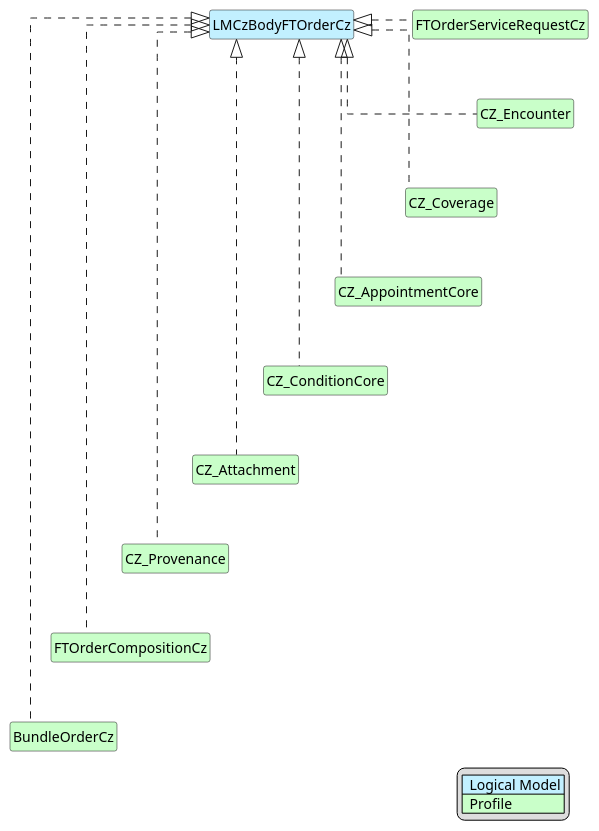
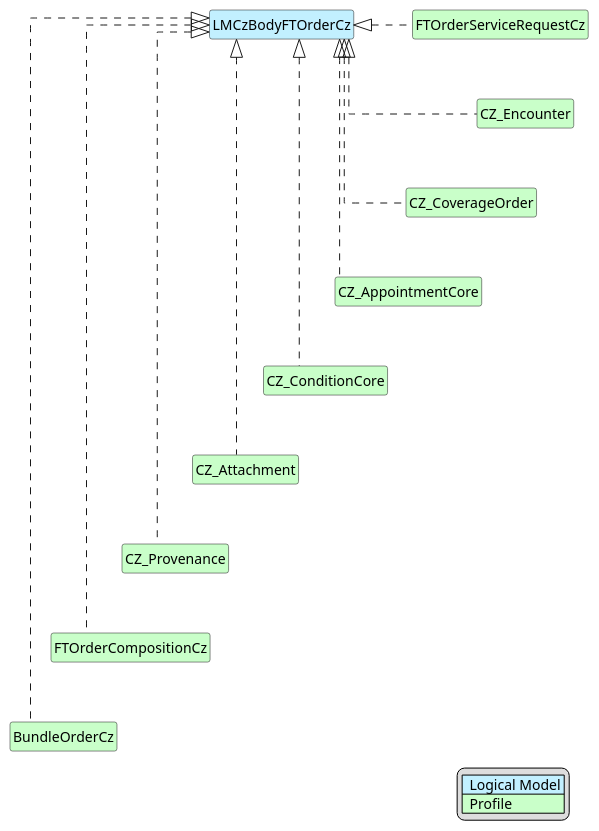
Before and after one commit to HL7-cz/k-order: the diagram in input/images-source/FT-Body-map.plantuml, drawn with PlantUML. The commit also changed 19 other files, not shown here.

Commit message:
Zavedení profilu CZ_CoverageOrder jeho náležitostí do mapování a příkladu + invariant.

```diff
--- a/input/images-source/FT-Body-map.plantuml
+++ b/input/images-source/FT-Body-map.plantuml
@@ -1,57 +1,57 @@
 @startuml
 
 hide circle
 hide stereotype
 hide members
 hide methods
 
 skinparam linetype ortho
 
 skinparam class {
 BackgroundColor<<LogicalModel>> #APPLICATION
 BackgroundColor<<Profile>> #TECHNOLOGY
 }
 
 legend right
 | <#APPLICATION>  Logical Model |
 | <#TECHNOLOGY>  Profile |
 endlegend
 
 class "LMCzBodyFTOrderCz" <<LogicalModel>> [[StructureDefinition-LMBodyFTOrder.html]]
 
 class "FTOrderServiceRequestCz" <<Profile>> [[StructureDefinition-FTServiceRequestCz.html]]
 "LMCzBodyFTOrderCz" <|. "FTOrderServiceRequestCz"
 
 class "CZ_Encounter" <<Profile>> [[https://hl7.cz/fhir/core/StructureDefinition-encounter-cz-core.html]]
 "LMCzBodyFTOrderCz" <|. "CZ_Encounter"
 "FTOrderServiceRequestCz" -d[hidden]-> "CZ_Encounter"
 
-class "CZ_Coverage" <<Profile>> [[https://hl7.cz/fhir/core/StructureDefinition-cz-coverage.html]]
-"LMCzBodyFTOrderCz" <|. "CZ_Coverage"
-"CZ_Encounter" -d[hidden]-> "CZ_Coverage"
+class "CZ_CoverageOrder" <<Profile>> [[https://hl7.cz/fhir/core/StructureDefinition-cz-coverage.html]]
+"LMCzBodyFTOrderCz" <|. "CZ_CoverageOrder"
+"CZ_Encounter" -d[hidden]-> "CZ_CoverageOrder"
 
 class "CZ_AppointmentCore" <<Profile>> [[https://hl7.cz/fhir/core/StructureDefinition-appointment-cz-core.html]]
 "LMCzBodyFTOrderCz" <|. "CZ_AppointmentCore"
-"CZ_Coverage" -d[hidden]-> "CZ_AppointmentCore"
+"CZ_CoverageOrder" -d[hidden]-> "CZ_AppointmentCore"
 
 class "CZ_ConditionCore" <<Profile>> [[https://hl7.cz/fhir/core/StructureDefinition-condition-cz-core.html]]
 "LMCzBodyFTOrderCz" <|. "CZ_ConditionCore"
 "CZ_AppointmentCore" -d[hidden]-> "CZ_ConditionCore"
 
 class "CZ_Attachment" <<Profile>> [[https://hl7.cz/fhir/core/StructureDefinition-cz-attachment.html]]
 "LMCzBodyFTOrderCz" <|. "CZ_Attachment"
 "CZ_ConditionCore" -d[hidden]-> "CZ_Attachment"
 
 class "CZ_Provenance" <<Profile>> [[https://hl7.cz/fhir/core/StructureDefinition-cz-provenance.html]]
 "LMCzBodyFTOrderCz" <|. "CZ_Provenance"
 "CZ_Attachment" -d[hidden]-> "CZ_Provenance"
 
 class "FTOrderCompositionCz" <<Profile>> [[StructureDefinition-FTOrderCompositionCz.html]]
 "LMCzBodyFTOrderCz" <|. "FTOrderCompositionCz"
 "CZ_Provenance" -d[hidden]-> "FTOrderCompositionCz"
 
 class "BundleOrderCz" <<Profile>> [[StructureDefinition-BundleOrderCz.html]]
 "LMCzBodyFTOrderCz" <|. "BundleOrderCz"
 "FTOrderCompositionCz" -d[hidden]-> "BundleOrderCz"
 
 @enduml
```
